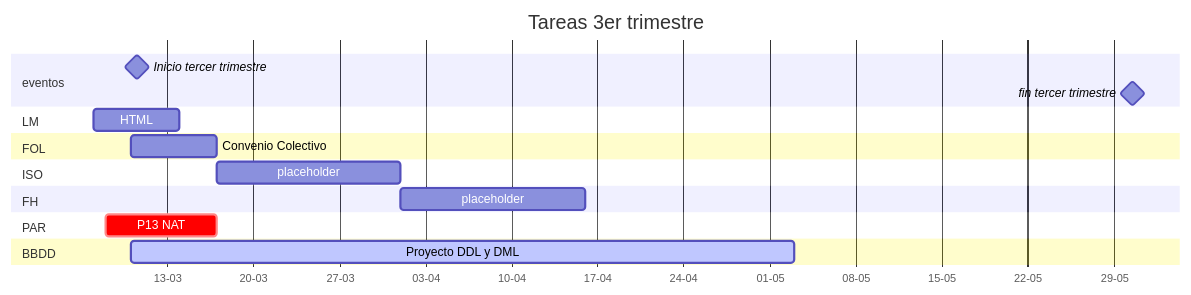
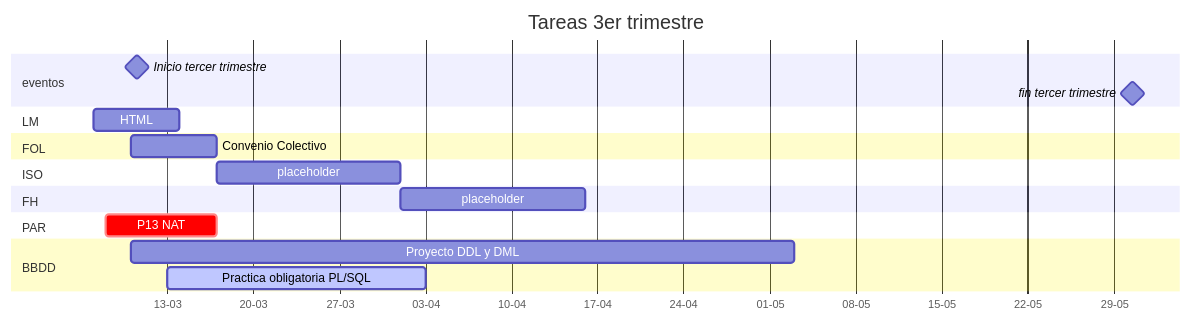
Before and after one commit to robertorodriguez98/apuntesClase: the diagram in README.md, drawn with Mermaid. The commit also changed 4 other files, not shown here.

````diff
--- a/README.md
+++ b/README.md
@@ -3,29 +3,30 @@
 ```mermaid
 gantt
     %%etiquetas posibles: done,active,crit,milestone
     title Tareas 3er trimestre
     dateFormat  DD-MM-YY
     axisFormat  %d-%m
     section eventos
     Inicio tercer trimestre : milestone,10-03-22,1d
     fin tercer trimestre : milestone,30-05-22,1d
 
     section LM
     HTML :07-03-22,7d
 
     section FOL
 	Convenio Colectivo      :10-03-22,7d
 
     section ISO
     placeholder             :15d
 
     section FH
     placeholder             :15d
 
     section PAR
     P13 NAT             :crit,nat,08-03-22,17-03-22
 
     section BBDD
-    Proyecto DDL y DML  :active,10-03-22,03-05-22
+    Proyecto DDL y DML          :10-03-22,03-05-22
+    Practica obligatoria PL/SQL :active,13-03-22,03-04-22
 
 ```
````
